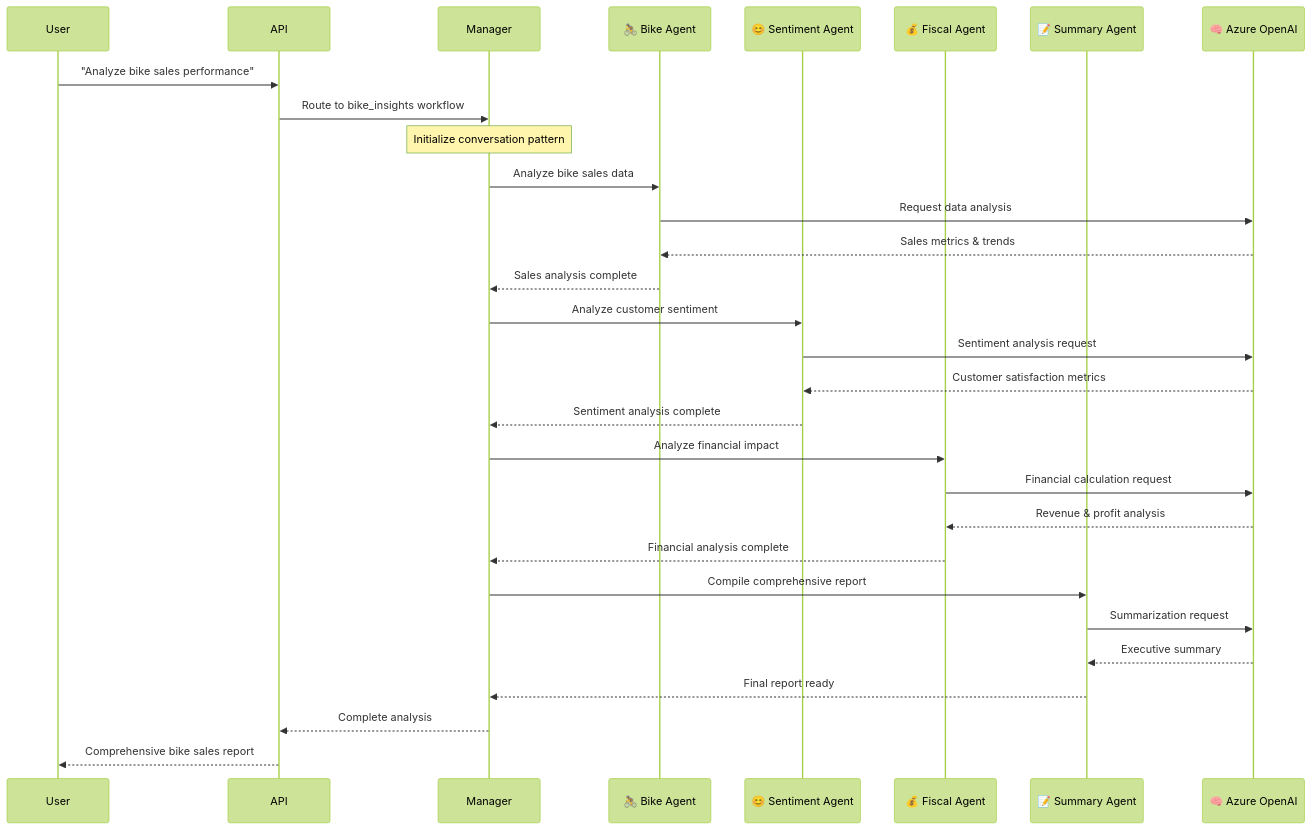
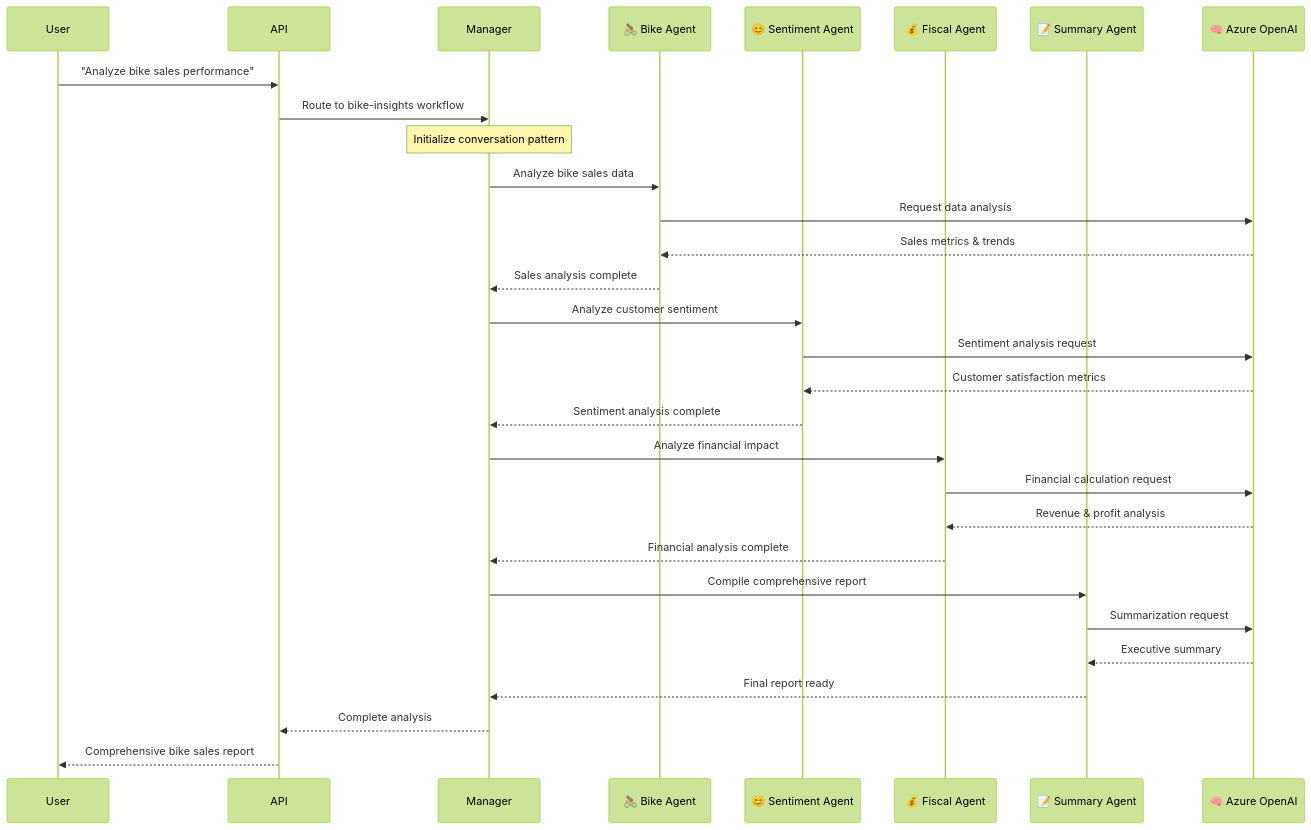
The seventh of 13 diagrams in docs/architecture/README.md (the-ingenious-dark-knight/Insight_Ingenious), drawn with Mermaid (forest theme) before and after one commit. The commit also changed 12 other files, not shown here.

Commit message:
fix: Update conversation flow names to use hyphens for consistency across documentation

````diff
--- a/docs/architecture/README.md
+++ b/docs/architecture/README.md
@@ -299,38 +299,38 @@
 ```mermaid
 sequenceDiagram
     participant User
     participant API
     participant Manager
     participant Agent1 as 🚴 Bike Agent
     participant Agent2 as 😊 Sentiment Agent
     participant Agent3 as 💰 Fiscal Agent
     participant Summary as 📝 Summary Agent
     participant LLM as 🧠 Azure OpenAI
 
     User->>API: "Analyze bike sales performance"
-    API->>Manager: Route to bike_insights workflow
+    API->>Manager: Route to bike-insights workflow
 
     Note over Manager: Initialize conversation pattern
     Manager->>Agent1: Analyze bike sales data
     Agent1->>LLM: Request data analysis
     LLM-->>Agent1: Sales metrics & trends
     Agent1-->>Manager: Sales analysis complete
 
     Manager->>Agent2: Analyze customer sentiment
     Agent2->>LLM: Sentiment analysis request
     LLM-->>Agent2: Customer satisfaction metrics
     Agent2-->>Manager: Sentiment analysis complete
 
     Manager->>Agent3: Analyze financial impact
     Agent3->>LLM: Financial calculation request
     LLM-->>Agent3: Revenue & profit analysis
     Agent3-->>Manager: Financial analysis complete
 
     Manager->>Summary: Compile comprehensive report
     Summary->>LLM: Summarization request
     LLM-->>Summary: Executive summary
     Summary-->>Manager: Final report ready
 
     Manager-->>API: Complete analysis
     API-->>User: Comprehensive bike sales report
 ```
````
